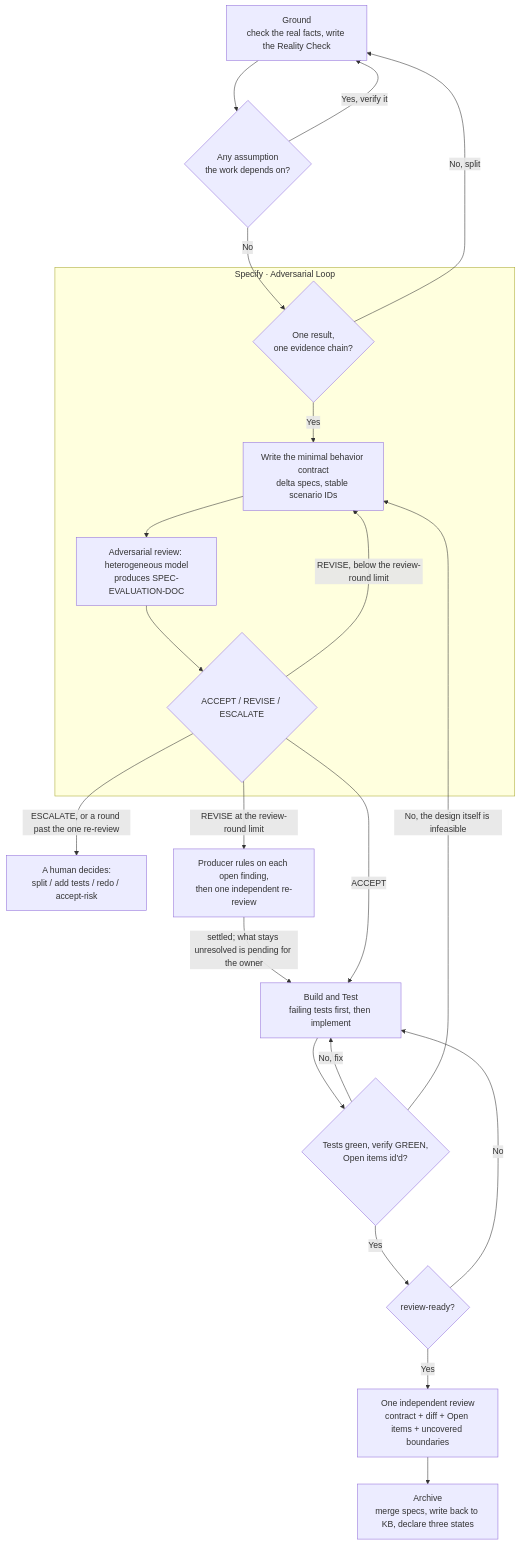
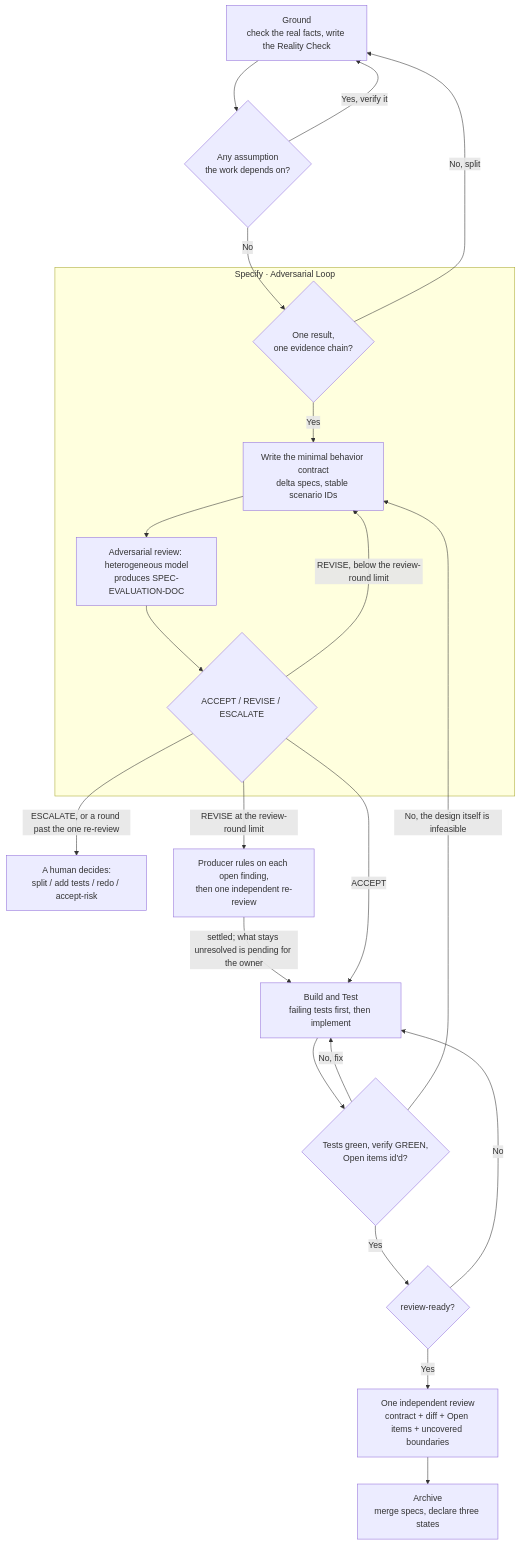
Before and after one commit to Apriorhythm/apriori-spec-development: the diagram in docs/concepts.md, drawn with Mermaid. The commit also changed other lines of this file and 41 other files, not shown here.

````diff
--- a/docs/concepts.md
+++ b/docs/concepts.md
@@ -293,27 +291,27 @@
 ```mermaid
 graph TD
     B[Ground<br/>check the real facts, write the Reality Check]
     B --> B2{Any assumption<br/>the work depends on?}
     B2 -- Yes, verify it --> B
     B2 -- No --> C0{One result,<br/>one evidence chain?}
     C0 -- No, split --> B
 
     subgraph S1[Specify · Adversarial Loop]
         C0 -- Yes --> C[Write the minimal behavior contract<br/>delta specs, stable scenario IDs]
         C --> D[Adversarial review: heterogeneous model<br/>produces SPEC-EVALUATION-DOC]
         D --> D2{ACCEPT / REVISE / ESCALATE}
         D2 -- REVISE, below the review-round limit --> C
     end
 
     D2 -- ESCALATE, or a round past the one re-review --> X[A human decides:<br/>split / add tests / redo / accept-risk]
     D2 -- REVISE at the review-round limit --> RR[Producer rules on each open finding,<br/>then one independent re-review]
     RR -- settled; what stays unresolved is pending for the owner --> H
     D2 -- ACCEPT --> H[Build and Test<br/>failing tests first, then implement]
     H --> H2{Tests green, verify GREEN,<br/>Open items id'd?}
     H2 -- No, fix --> H
     H2 -- No, the design itself is infeasible --> C
     H2 -- Yes --> R{review-ready?}
     R -- No --> H
     R -- Yes --> RV[One independent review<br/>contract + diff + Open items + uncovered boundaries]
-    RV --> I[Archive<br/>merge specs, write back to KB, declare three states]
+    RV --> I[Archive<br/>merge specs, declare three states]
 ```
````
